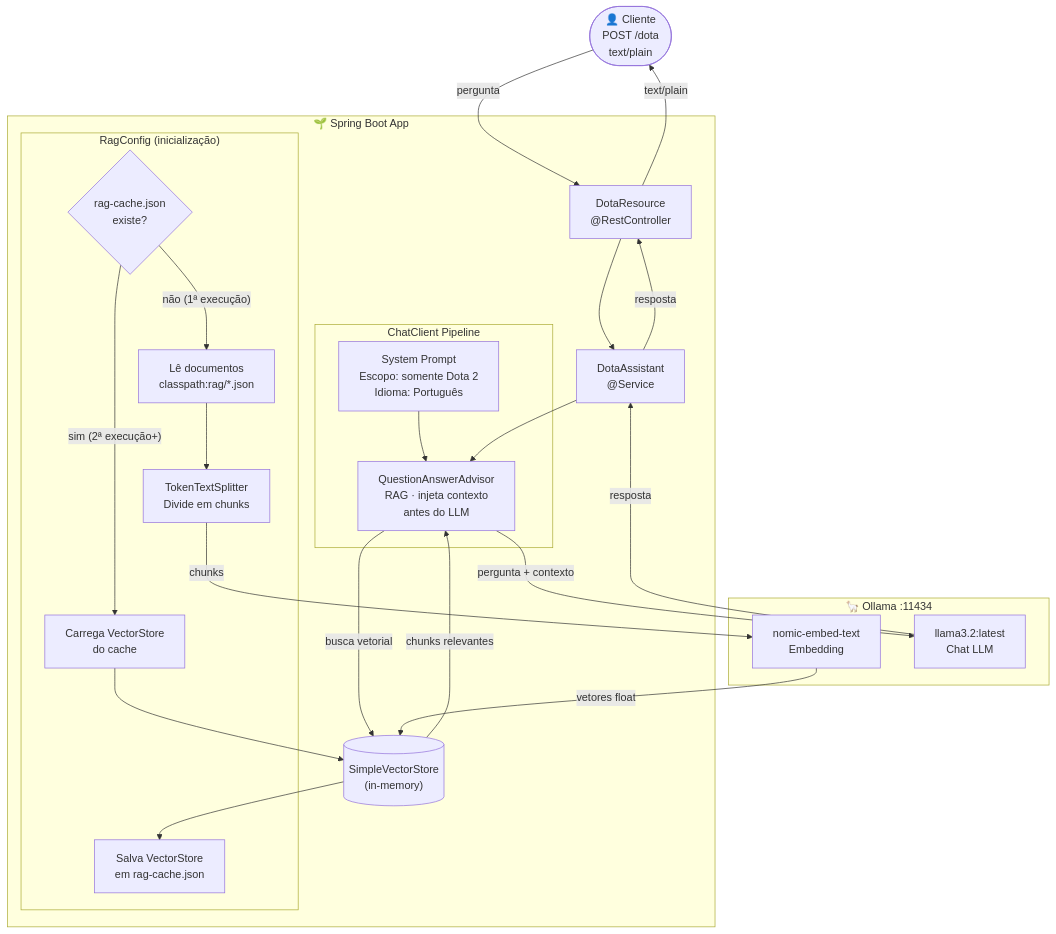
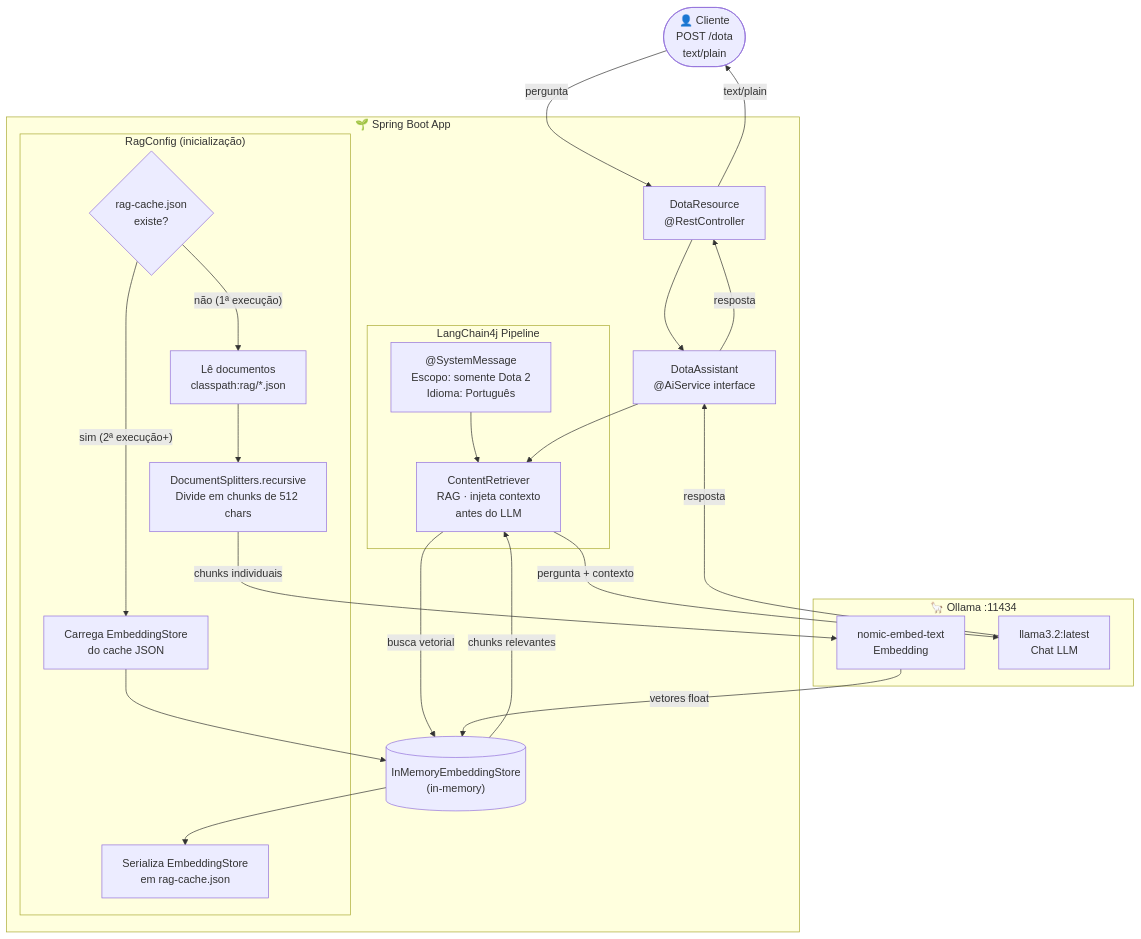
One commit to Diegobraun/dota-chatbot changed the diagram in README.md. Above: the diagram before and after it, drawn with Mermaid. The commit also changed other lines of this file and 1 other file, not shown here.

Commit message:
docs: atualiza CLAUDE.md e README para LangChain4j
Reflete a migração de Spring AI para LangChain4j 1.0.0-beta3:
propriedades, arquitetura (@AiService, InMemoryEmbeddingStore,
ContentRetriever) e nota sobre embed individual por segmento.

````diff
--- a/README.md
+++ b/README.md
@@ -46,50 +46,50 @@
 ```mermaid
 flowchart TD
     User(["👤 Cliente\nPOST /dota\ntext/plain"])
 
     subgraph App["🌱 Spring Boot App"]
         Controller["DotaResource\n@RestController"]
-        Assistant["DotaAssistant\n@Service"]
+        Assistant["DotaAssistant\n@AiService interface"]
 
-        subgraph ChatPipeline["ChatClient Pipeline"]
-            SystemPrompt["System Prompt\nEscopo: somente Dota 2\nIdioma: Português"]
-            Advisor["QuestionAnswerAdvisor\nRAG · injeta contexto\nantes do LLM"]
+        subgraph ChatPipeline["LangChain4j Pipeline"]
+            SystemPrompt["@SystemMessage\nEscopo: somente Dota 2\nIdioma: Português"]
+            Retriever["ContentRetriever\nRAG · injeta contexto\nantes do LLM"]
         end
 
         subgraph RAGSetup["RagConfig  (inicialização)"]
             CacheCheck{"rag-cache.json\nexiste?"}
-            LoadCache["Carrega VectorStore\ndo cache"]
+            LoadCache["Carrega EmbeddingStore\ndo cache JSON"]
             ReadDocs["Lê documentos\nclasspath:rag/*.json"]
-            Split["TokenTextSplitter\nDivide em chunks"]
-            SaveCache["Salva VectorStore\nem rag-cache.json"]
+            Split["DocumentSplitters.recursive\nDivide em chunks de 512 chars"]
+            SaveCache["Serializa EmbeddingStore\nem rag-cache.json"]
         end
 
-        VectorStore[("SimpleVectorStore\n(in-memory)")]
+        VectorStore[("InMemoryEmbeddingStore\n(in-memory)")]
     end
 
     subgraph Ollama["🦙 Ollama  :11434"]
         EmbedModel["nomic-embed-text\nEmbedding"]
         ChatModel["llama3.2:latest\nChat LLM"]
     end
 
     %% Fluxo de requisição
     User -->|pergunta| Controller
     Controller --> Assistant
-    SystemPrompt --> Advisor
-    Assistant --> Advisor
-    Advisor -->|busca vetorial| VectorStore
-    VectorStore -->|chunks relevantes| Advisor
-    Advisor -->|pergunta + contexto| ChatModel
+    SystemPrompt --> Retriever
+    Assistant --> Retriever
+    Retriever -->|busca vetorial| VectorStore
+    VectorStore -->|chunks relevantes| Retriever
+    Retriever -->|pergunta + contexto| ChatModel
     ChatModel -->|resposta| Assistant
     Assistant -->|resposta| Controller
     Controller -->|text/plain| User
 
     %% Fluxo de inicialização RAG
     CacheCheck -->|"sim (2ª execução+)"| LoadCache
     CacheCheck -->|"não (1ª execução)"| ReadDocs
     ReadDocs --> Split
-    Split -->|chunks| EmbedModel
+    Split -->|chunks individuais| EmbedModel
     EmbedModel -->|vetores float| VectorStore
     VectorStore --> SaveCache
     LoadCache --> VectorStore
 ```
````
